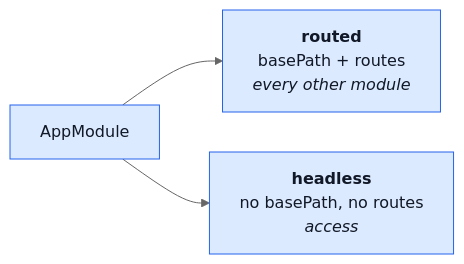
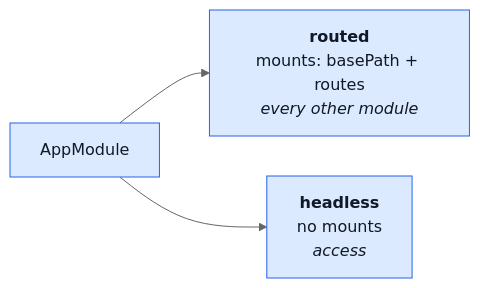
The fifth of 7 diagrams in docs/theory/modules.md (Guebbit/boilerplate-node-backend), drawn with Mermaid (neutral theme) before and after one commit. The commit also changed other lines of this file and 48 other files, not shown here.

First line of the commit message:
refactor(kernel): let a module mount several routers, replacing the basePath and routes pair

````diff
--- a/docs/theory/modules.md
+++ b/docs/theory/modules.md
@@ -476,11 +477,11 @@
 ```mermaid
 %%{init: {'flowchart': {'nodeSpacing': 40, 'rankSpacing': 50}}}%%
 flowchart LR
     IAM["AppModule"]
-    R["<b>routed</b><br/>basePath + routes<br/><i>every other module</i>"]
-    H["<b>headless</b><br/>no basePath, no routes<br/><i>access</i>"]
+    R["<b>routed</b><br/>mounts: basePath + routes<br/><i>every other module</i>"]
+    H["<b>headless</b><br/>no mounts<br/><i>access</i>"]
     IAM --> R
     IAM --> H
     classDef t fill:#dbeafe,stroke:#2563eb,color:#111827;
     class IAM,R,H t;
 ```
````
